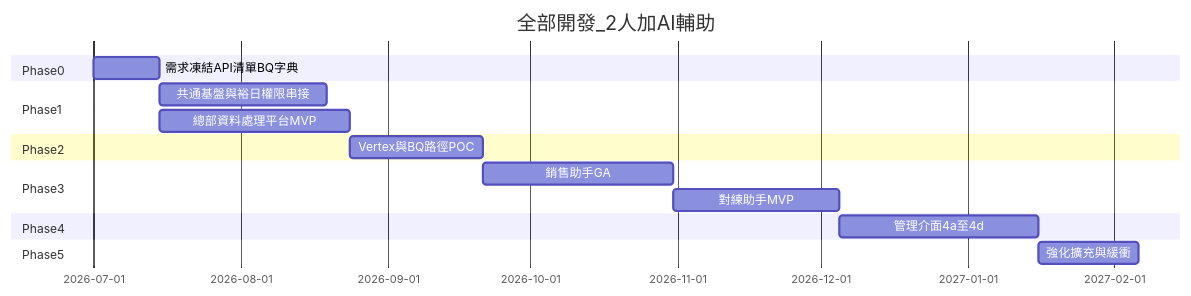
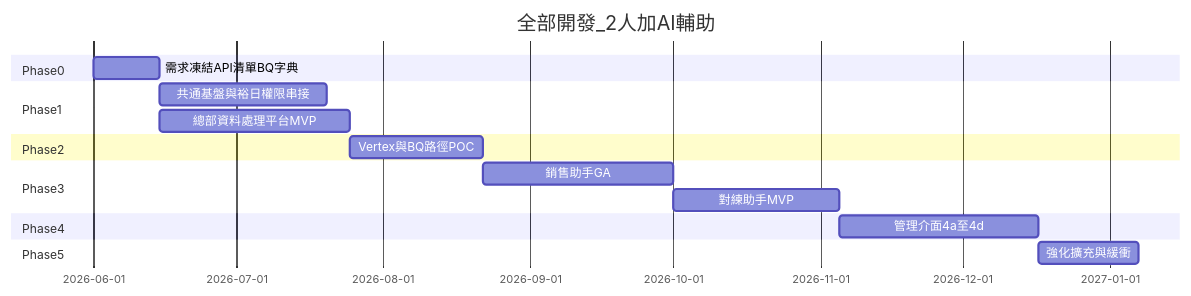
One commit to humtersiso/YNM_Sales_AI_Coach changed the second of 3 diagrams in PROJECT_SCOPE_SALES_TRAINING.md. Above: the diagram before and after it, drawn with Mermaid. The commit also changed other lines of this file and 3 other files, not shown here.

Commit message:
Scope v0.4: 架構圖.PNG, trim schedule tables, remove doc index section

````diff
--- a/PROJECT_SCOPE_SALES_TRAINING.md
+++ b/PROJECT_SCOPE_SALES_TRAINING.md
@@ -122,19 +142,19 @@
 ```mermaid
 gantt
 title 全部開發_2人加AI輔助
 dateFormat YYYY-MM-DD
 section Phase0
-需求凍結API清單BQ字典 :p0, 2026-07-01, 14d
+需求凍結API清單BQ字典 :p0, 2026-06-01, 14d
 section Phase1
 共通基盤與裕日權限串接 :p1, after p0, 35d
 總部資料處理平台MVP :p1b, after p0, 40d
 section Phase2
 Vertex與BQ路徑POC :p2, after p1b, 28d
 section Phase3
 銷售助手GA :p3a, after p2, 40d
 對練助手MVP :p3b, after p3a, 35d
 section Phase4
 管理介面4a至4d :p4, after p3b, 42d
 section Phase5
 強化擴充與緩衝 :p5, after p4, 21d
 ```
````
